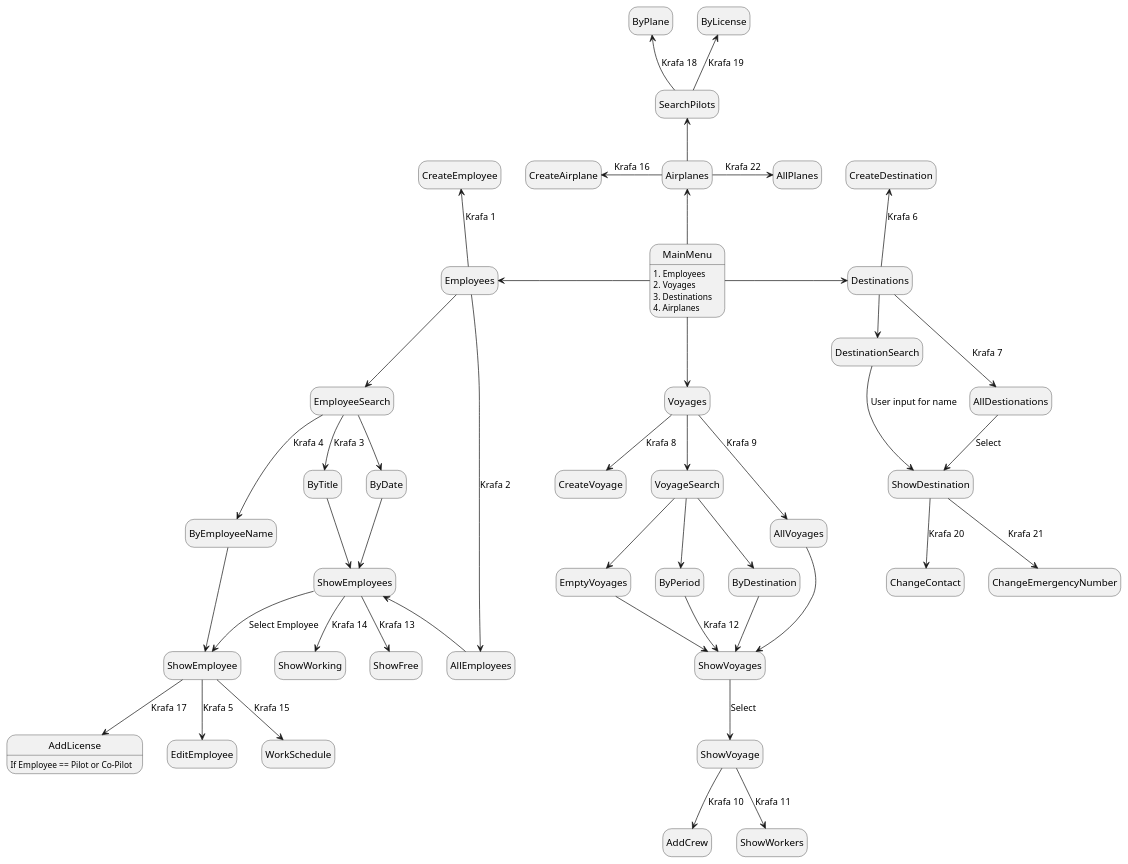
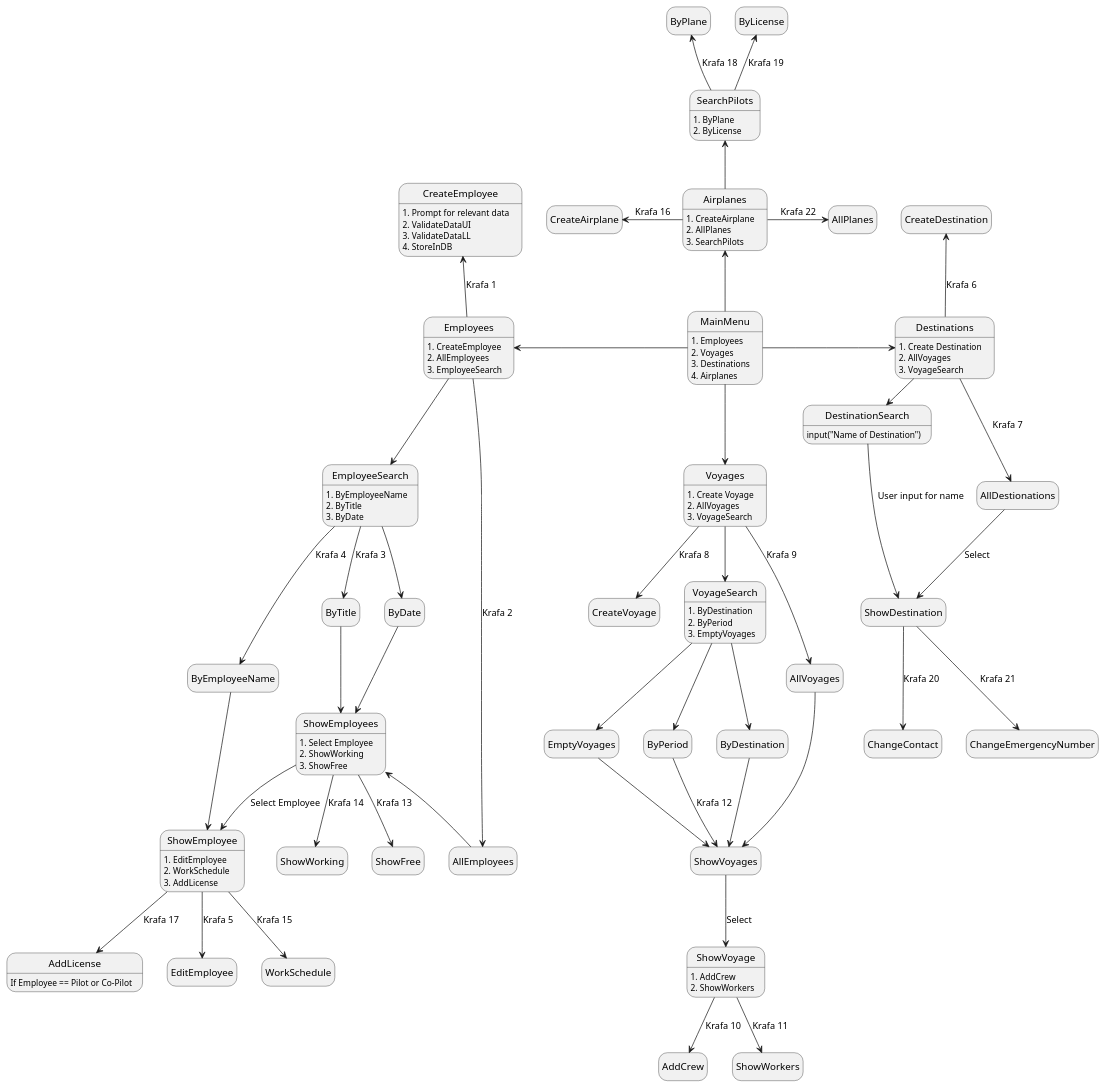
The diagram in state_diagrams/UI_State_Diagram.puml (irmalexandra/vln1_chuck_nan), drawn with PlantUML before and after one commit.

```diff
--- a/state_diagrams/UI_State_Diagram.puml
+++ b/state_diagrams/UI_State_Diagram.puml
@@ -1,56 +1,69 @@
 @startuml UI_states
 hide empty description
 MainMenu: 1. Employees \n2. Voyages \n3. Destinations \n4. Airplanes
 MainMenu -Left-> Employees
+Employees: 1. CreateEmployee \n2. AllEmployees \n3. EmployeeSearch
 Employees -up-> CreateEmployee: Krafa 1
+CreateEmployee: 1. Prompt for relevant data \n2. ValidateDataUI \n3. ValidateDataLL\n4. StoreInDB
 Employees -up-> AllEmployees: Krafa 2
 AllEmployees -up-> ShowEmployees
 Employees -down-> EmployeeSearch
+EmployeeSearch: 1. ByEmployeeName\n2. ByTitle \n3. ByDate
 EmployeeSearch --> ByTitle: Krafa 3
 ByTitle --> ShowEmployees
+ShowEmployees: 1. Select Employee \n2. ShowWorking \n3. ShowFree
 EmployeeSearch --> ByEmployeeName: Krafa 4
 ByEmployeeName --> ShowEmployee
+ShowEmployee: 1. EditEmployee \n2. WorkSchedule\n3. AddLicense
 ShowEmployee --> EditEmployee: Krafa 5
 ShowEmployee --> WorkSchedule: Krafa 15
 EmployeeSearch --> ByDate
 ByDate --> ShowEmployees
 ShowEmployees --> ShowFree: Krafa 13
 ShowEmployees --> ShowWorking: Krafa 14
 ShowEmployees --> ShowEmployee: Select Employee
 ShowEmployee --> AddLicense: Krafa 17
 AddLicense: If Employee == Pilot or Co-Pilot
 
 MainMenu -Down-> Voyages
+Voyages: 1. Create Voyage \n2. AllVoyages \n3. VoyageSearch
 Voyages --> CreateVoyage: Krafa 8
 Voyages --> AllVoyages: Krafa 9
 AllVoyages --> ShowVoyages
 Voyages --> VoyageSearch
+VoyageSearch: 1. ByDestination \n2. ByPeriod \n3. EmptyVoyages
 VoyageSearch --> ByDestination
 VoyageSearch --> EmptyVoyages
 VoyageSearch --> ByPeriod
 ByDestination --> ShowVoyages
+
 EmptyVoyages --> ShowVoyages
 ByPeriod --> ShowVoyages: Krafa 12
 ShowVoyages --> ShowVoyage: Select
+ShowVoyage: 1. AddCrew \n2. ShowWorkers
 ShowVoyage --> AddCrew: Krafa 10
 ShowVoyage --> ShowWorkers: Krafa 11
 
 
 MainMenu -Right-> Destinations
+Destinations:1. Create Destination \n2. AllVoyages \n3. VoyageSearch
 Destinations -up-> CreateDestination: Krafa 6
 Destinations -down-> AllDestionations: Krafa 7
 AllDestionations --> ShowDestination: Select
 Destinations -right-> DestinationSearch
+DestinationSearch: input("Name of Destination")
 DestinationSearch --> ShowDestination: User input for name
 ShowDestination --> ChangeContact: Krafa 20
 ShowDestination --> ChangeEmergencyNumber: Krafa 21
 
 
 MainMenu -up-> Airplanes
+Airplanes: 1. CreateAirplane \n2. AllPlanes \n3. SearchPilots
 Airplanes -left-> CreateAirplane: Krafa 16
 Airplanes -right-> AllPlanes: Krafa 22
 Airplanes -up-> SearchPilots
+SearchPilots: 1. ByPlane \n2. ByLicense
 SearchPilots -up-> ByLicense: Krafa 19
 SearchPilots -up-> ByPlane: Krafa 18
 
 @enduml
```
